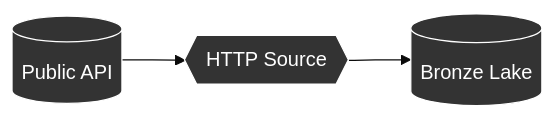
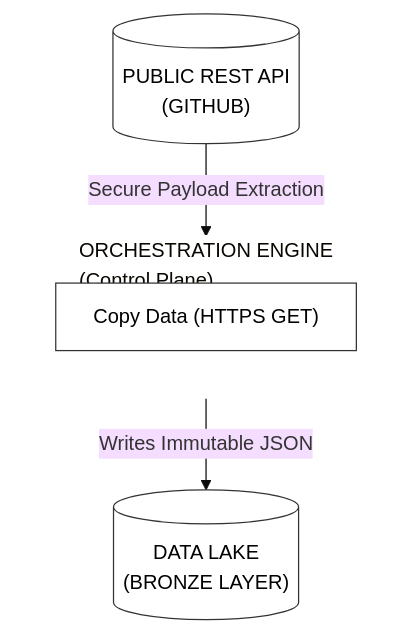
Before and after one commit to hamdahiqbal/ADF-Capstone-Project: the sixth of 14 diagrams in README.md, drawn with Mermaid (base theme). The commit also changed other lines of this file, not shown here.

````diff
--- a/README.md
+++ b/README.md
@@ -176,8 +515,19 @@
 ```mermaid
-graph LR
-    PublicAPI[("Public API")] --> HTTP{{"HTTP Source"}} --> Bronze[("Bronze Lake")]
+flowchart TD
+    GitHub[("PUBLIC REST API<br>(GITHUB)")]
     
-    style PublicAPI fill:#333,stroke:#fff,color:#fff
-    style HTTP fill:#333,stroke:#fff,color:#fff
-    style Bronze fill:#333,stroke:#fff,color:#fff
+    subgraph ADF ["ORCHESTRATION ENGINE<br>(Control Plane)"]
+        direction TB
+        Copy["Copy Data (HTTPS GET)"]
+    end
+
+    ADLS[("DATA LAKE<br>(BRONZE LAYER)")]
+
+    GitHub -->|Secure Payload Extraction| Copy
+    Copy -->|Writes Immutable JSON| ADLS
+
+    style GitHub fill:#ffffff,stroke:#333,color:#000
+    style ADF fill:none,stroke:#ffffff,stroke-width:2px,stroke-dasharray: 4 4
+    style Copy fill:#ffffff,stroke:#333,color:#000
+    style ADLS fill:#ffffff,stroke:#333,color:#000
 ```
````
